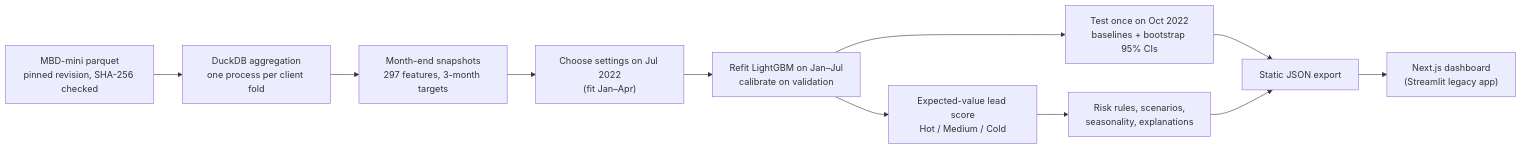
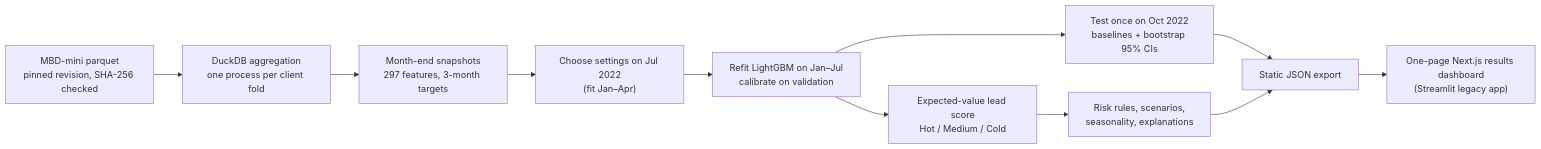
One commit to imayankss/bank_lead_scoring changed the diagram in README.md. Above: the diagram before and after it, drawn with Mermaid. The commit also changed other lines of this file and 58 other files, not shown here.

First line of the commit message:
Replace the dashboard with a single results page

````diff
--- a/README.md
+++ b/README.md
@@ -87,13 +90,13 @@
 ```mermaid
 flowchart LR
     A["MBD-mini parquet<br/>pinned revision, SHA-256 checked"] --> B["DuckDB aggregation<br/>one process per client fold"]
     B --> C["Month-end snapshots<br/>297 features, 3-month targets"]
     C --> D["Choose settings on Jul 2022<br/>(fit Jan–Apr)"]
     D --> E["Refit LightGBM on Jan–Jul<br/>calibrate on validation"]
     E --> F["Test once on Oct 2022<br/>baselines + bootstrap 95% CIs"]
     E --> G["Expected-value lead score<br/>Hot / Medium / Cold"]
     G --> H["Risk rules, scenarios,<br/>seasonality, explanations"]
     F --> I["Static JSON export"]
     H --> I
-    I --> J["Next.js dashboard<br/>(Streamlit legacy app)"]
+    I --> J["One-page Next.js results dashboard<br/>(Streamlit legacy app)"]
 ```
````
